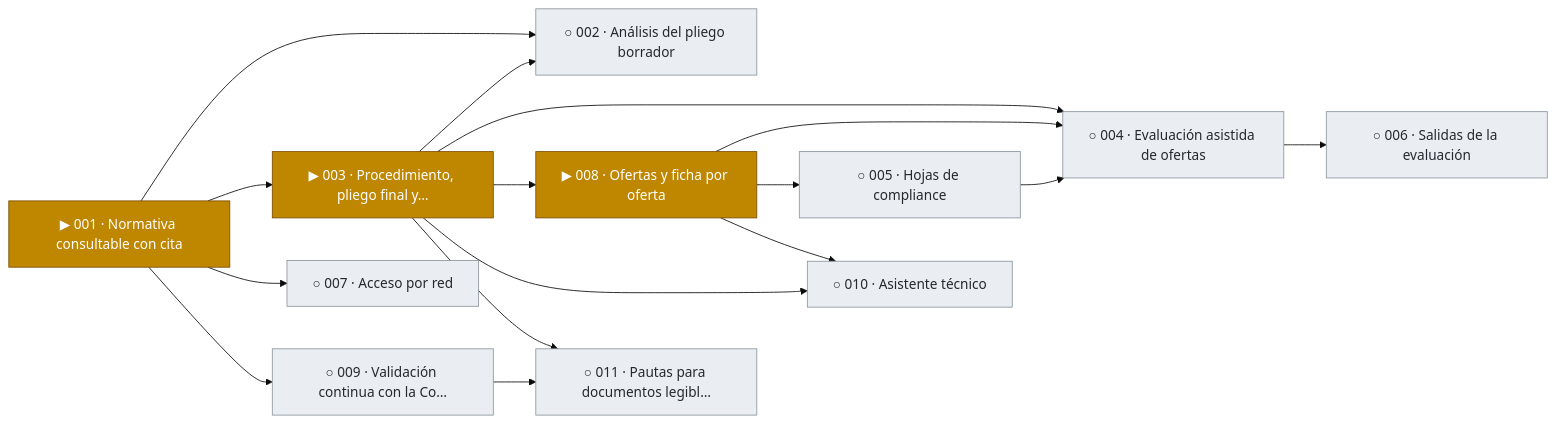
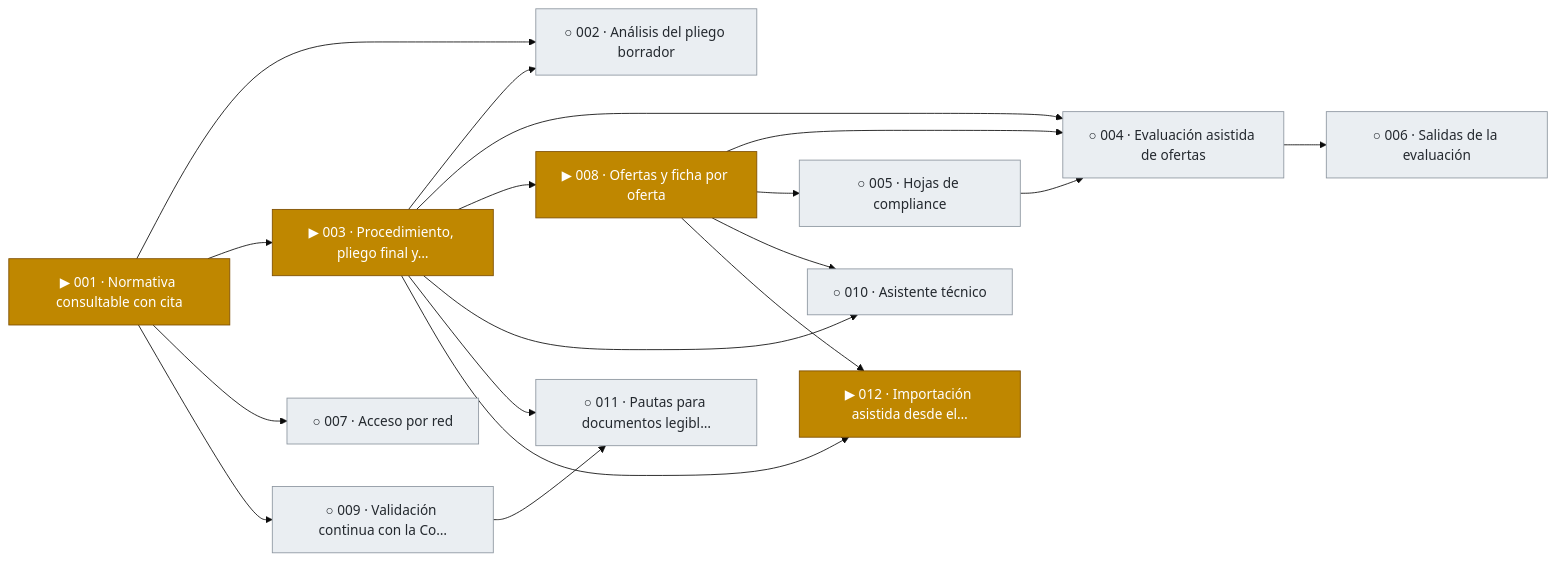
One commit to snavello/EVALUON changed the first of 8 diagrams in docs/tablero.md. Above: the diagram before and after it, drawn with Mermaid (base theme). The commit also changed other lines of this file and 3 other files, not shown here.

Commit message:
gestión: spec 012 aprobada (importación desde el Portal de Compras), ADR-0029 y hoja de ruta

````diff
--- a/docs/tablero.md
+++ b/docs/tablero.md
@@ -9,34 +9,37 @@
 ```mermaid
 flowchart LR
   F001["▶ 001 · Normativa consultable con cita"]:::active
   F002["○ 002 · Análisis del pliego borrador"]:::todo
   F003["▶ 003 · Procedimiento, pliego final y…"]:::active
   F004["○ 004 · Evaluación asistida de ofertas"]:::todo
   F005["○ 005 · Hojas de compliance"]:::todo
   F006["○ 006 · Salidas de la evaluación"]:::todo
   F007["○ 007 · Acceso por red"]:::todo
   F008["▶ 008 · Ofertas y ficha por oferta"]:::active
   F009["○ 009 · Validación continua con la Co…"]:::todo
   F010["○ 010 · Asistente técnico"]:::todo
   F011["○ 011 · Pautas para documentos legibl…"]:::todo
+  F012["▶ 012 · Importación asistida desde el…"]:::active
   F001 --> F002
   F003 --> F002
   F001 --> F003
   F003 --> F004
   F008 --> F004
   F005 --> F004
   F008 --> F005
   F004 --> F006
   F001 --> F007
   F003 --> F008
   F001 --> F009
   F003 --> F010
   F008 --> F010
   F003 --> F011
   F009 --> F011
+  F003 --> F012
+  F008 --> F012
   classDef done fill:#1a7f37,stroke:#116329,color:#ffffff
   classDef review fill:#0969da,stroke:#0550ae,color:#ffffff
   classDef active fill:#bf8700,stroke:#7d4e00,color:#ffffff
   classDef blocked fill:#cf222e,stroke:#a40e26,color:#ffffff
   classDef todo fill:#eaeef2,stroke:#8c959f,color:#24292f
 ```
````
